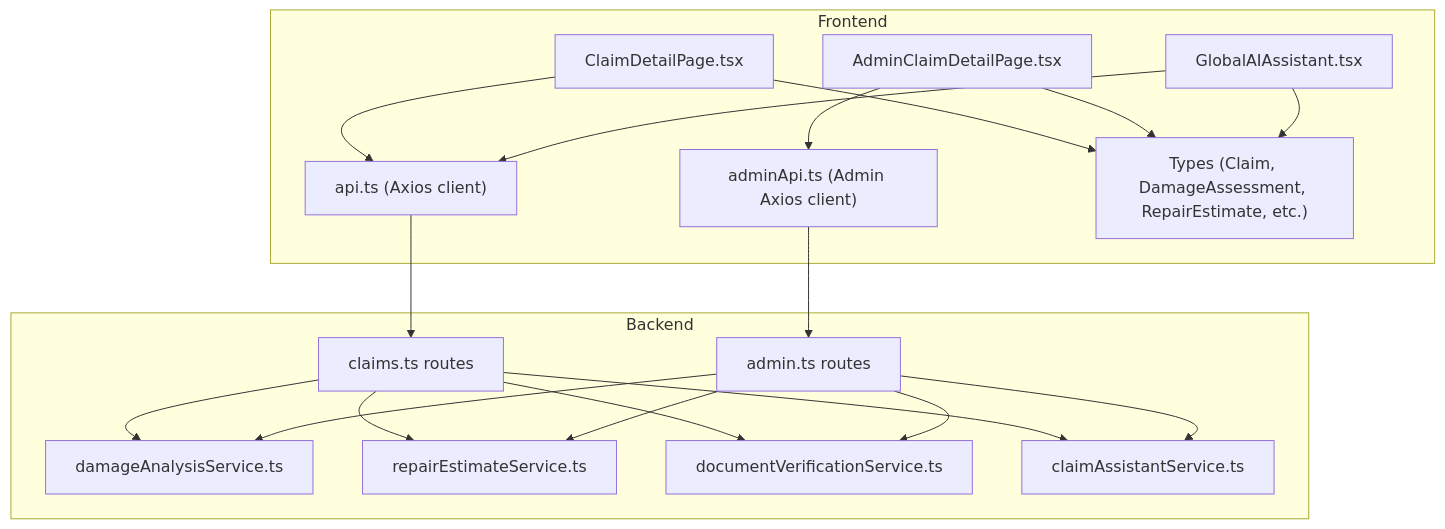
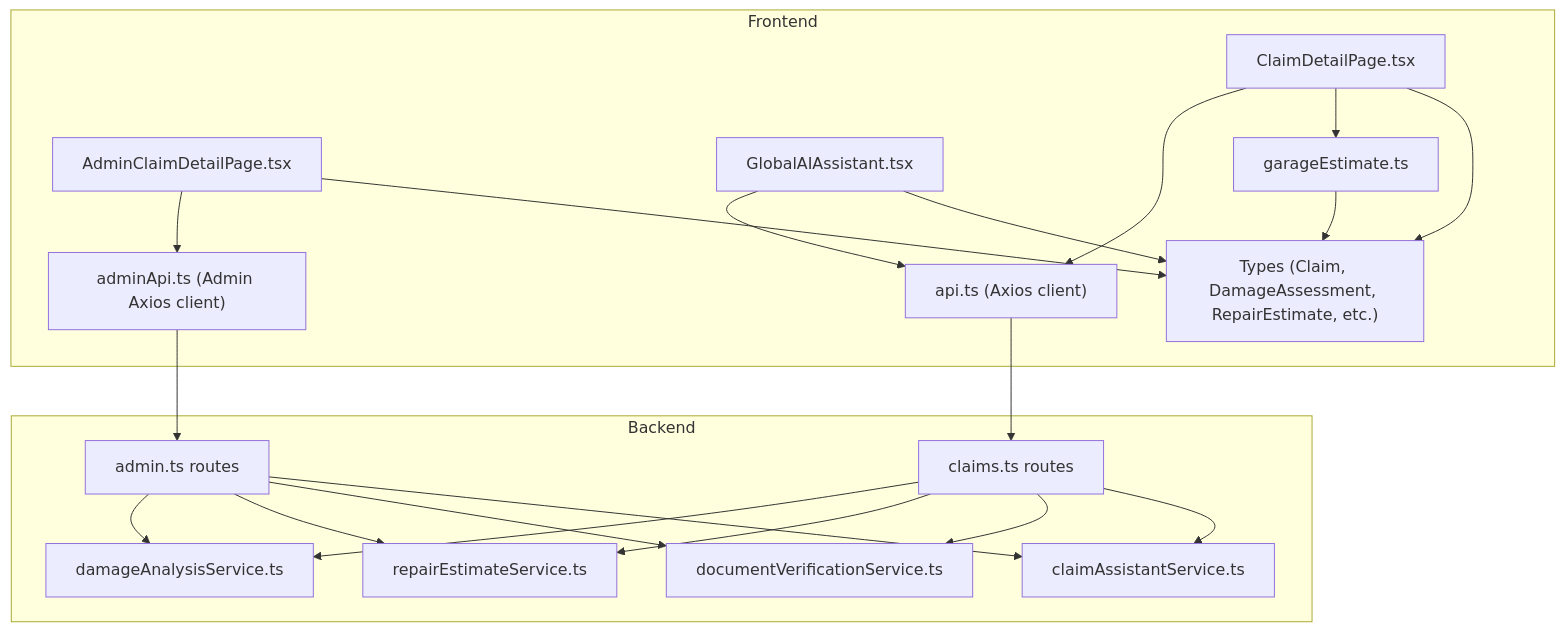
The first of 3 diagrams in .qoder/repowiki/en/content/Frontend Documentation/Pages and Views/User Pages/Claim Detail Page.md (NaveenHiranya/Smart-Vehicle-Insurance-Claim-System), drawn with Mermaid before and after one commit. The commit also changed other lines of this file and 33 other files, not shown here.

````diff
--- a/.qoder/repowiki/en/content/Frontend Documentation/Pages and Views/User Pages/Claim Detail Page.md
+++ b/.qoder/repowiki/en/content/Frontend Documentation/Pages and Views/User Pages/Claim Detail Page.md
@@ -43,35 +46,38 @@
 ```mermaid
 graph TB
 subgraph "Frontend"
 CDP["ClaimDetailPage.tsx"]
 ACDP["AdminClaimDetailPage.tsx"]
 GAA["GlobalAIAssistant.tsx"]
+GEU["garageEstimate.ts"]
 API["api.ts (Axios client)"]
 AAPI["adminApi.ts (Admin Axios client)"]
 TYPES["Types (Claim, DamageAssessment, RepairEstimate, etc.)"]
 end
 subgraph "Backend"
 ROUTES["claims.ts routes"]
 AROUTES["admin.ts routes"]
 DAST["damageAnalysisService.ts"]
 RES["repairEstimateService.ts"]
 DVS["documentVerificationService.ts"]
 CAS["claimAssistantService.ts"]
 end
 CDP --> API
 ACDP --> AAPI
 GAA --> API
+CDP --> GEU
 API --> ROUTES
 AAPI --> AROUTES
 ROUTES --> DAST
 ROUTES --> RES
 ROUTES --> DVS
 ROUTES --> CAS
 AROUTES --> DAST
 AROUTES --> RES
 AROUTES --> DVS
 AROUTES --> CAS
 CDP --> TYPES
 ACDP --> TYPES
 GAA --> TYPES
+GEU --> TYPES
 ```
````
